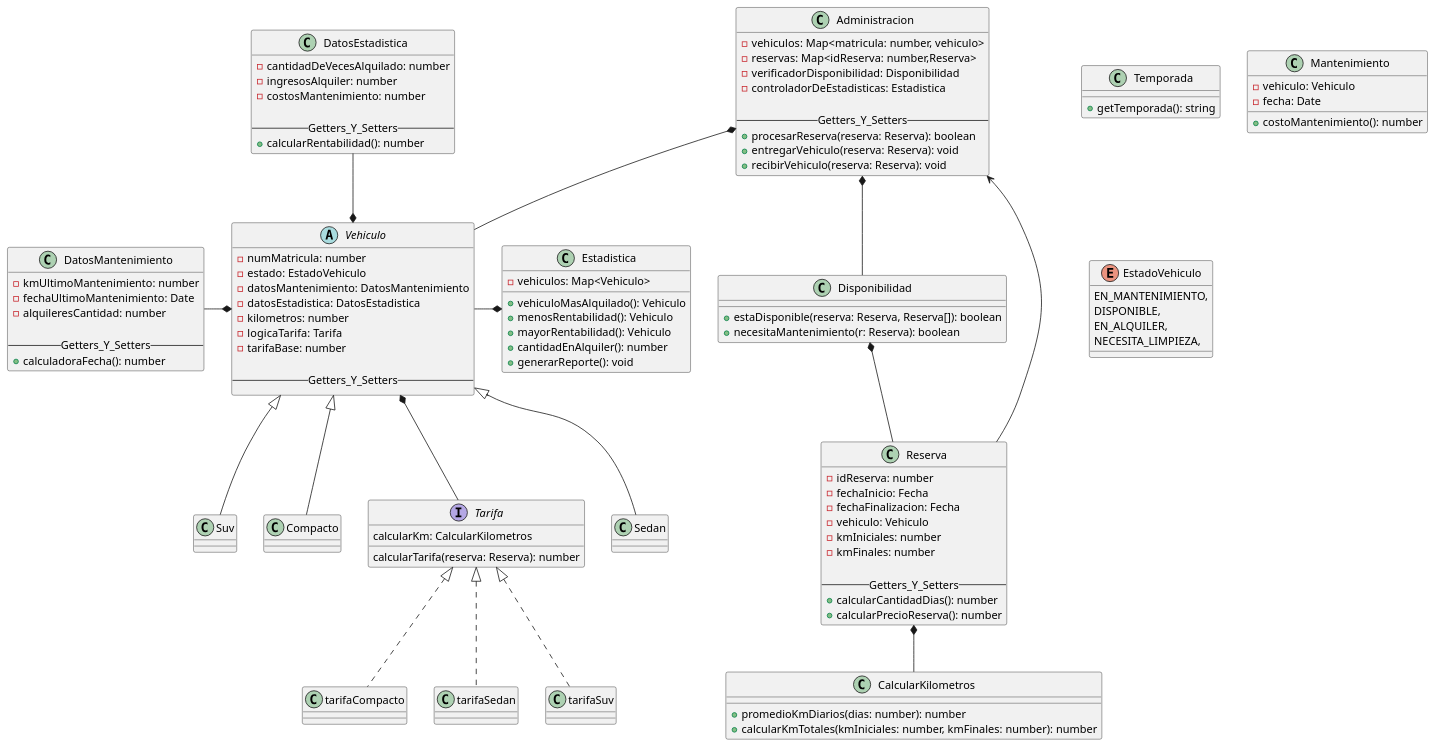
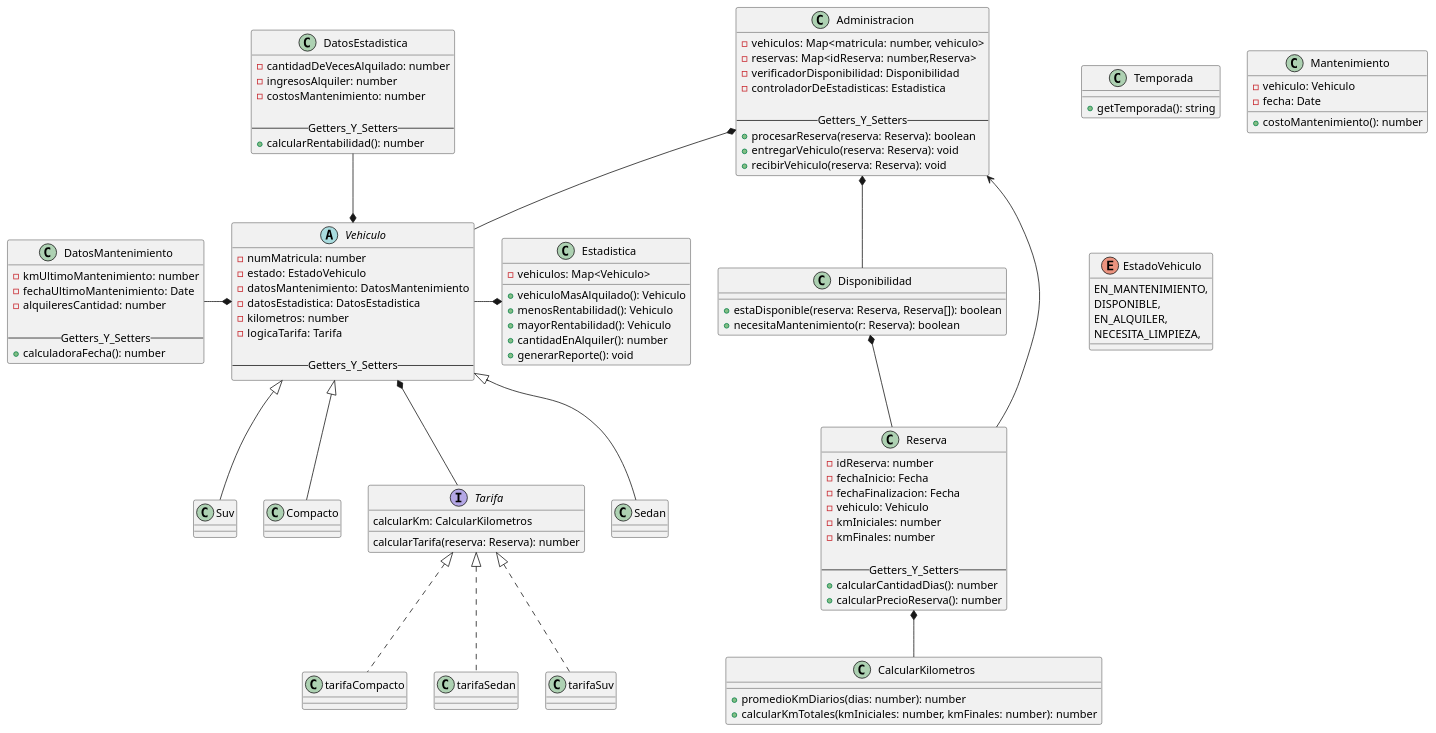
The diagram in diagrama/DiagramaDeClases_enu2.puml (Nash-Blip/Programaci-n-II), drawn with PlantUML before and after one commit.

```diff
--- a/diagrama/DiagramaDeClases_enu2.puml
+++ b/diagrama/DiagramaDeClases_enu2.puml
@@ -1,122 +1,121 @@
 @startuml name prototipoTP
 
 abstract class Vehiculo{
     - numMatricula: number
     - estado: EstadoVehiculo
     - datosMantenimiento: DatosMantenimiento
     - datosEstadistica: DatosEstadistica
     - kilometros: number
     - logicaTarifa: Tarifa
-    - tarifaBase: number
 
     --Getters_Y_Setters--
 }
 
 class Sedan extends Vehiculo{}
 class Suv extends Vehiculo{}
 class Compacto extends Vehiculo{}
 
 class Temporada{
     +getTemporada(): string
 }
 
 class DatosEstadistica{
     -cantidadDeVecesAlquilado: number
     -ingresosAlquiler: number
     -costosMantenimiento: number
 
     --Getters_Y_Setters--
     +calcularRentabilidad(): number
 }
 
 class Mantenimiento{
     -vehiculo: Vehiculo
     -fecha: Date
 
     +costoMantenimiento(): number
 }
 
 class DatosMantenimiento{
     -kmUltimoMantenimiento: number
     -fechaUltimoMantenimiento: Date 
     -alquileresCantidad: number
 
     --Getters_Y_Setters--
     + calculadoraFecha(): number
 }
 
 interface Tarifa{
     calcularKm: CalcularKilometros
     calcularTarifa(reserva: Reserva): number
 }
 
 class tarifaSuv implements Tarifa{}
 
 class tarifaCompacto implements Tarifa{}
 
 class tarifaSedan implements Tarifa{}
 
 class Reserva{
     -idReserva: number
     -fechaInicio: Fecha
     -fechaFinalizacion: Fecha
     -vehiculo: Vehiculo
     -kmIniciales: number
     -kmFinales: number
 
     --Getters_Y_Setters--
     +calcularCantidadDias(): number
     +calcularPrecioReserva(): number
 }
 
 class CalcularKilometros{
     +promedioKmDiarios(dias: number): number
     +calcularKmTotales(kmIniciales: number, kmFinales: number): number
 }
 
 enum EstadoVehiculo{
     EN_MANTENIMIENTO,
     DISPONIBLE,
     EN_ALQUILER,
     NECESITA_LIMPIEZA,
 }
 
 class Administracion{
     -vehiculos: Map<matricula: number, vehiculo>
     -reservas: Map<idReserva: number,Reserva>
     -verificadorDisponibilidad: Disponibilidad
     -controladorDeEstadisticas: Estadistica
 
     --Getters_Y_Setters--
     +procesarReserva(reserva: Reserva): boolean
     +entregarVehiculo(reserva: Reserva): void
     +recibirVehiculo(reserva: Reserva): void
 }
 
 class Disponibilidad{
     + estaDisponible(reserva: Reserva, Reserva[]): boolean
     + necesitaMantenimiento(r: Reserva): boolean
 }
 
 class Estadistica{
     -vehiculos: Map<Vehiculo>
     + vehiculoMasAlquilado(): Vehiculo
     + menosRentabilidad(): Vehiculo
     + mayorRentabilidad(): Vehiculo
     + cantidadEnAlquiler(): number
     + generarReporte(): void
 }
 
 
 ' Relaciones
 Vehiculo *-- Tarifa
 Administracion *-- Vehiculo
 Disponibilidad *-- Reserva
 Reserva *-- CalcularKilometros
 Administracion *-- Disponibilidad
 Administracion <-- Reserva
 Vehiculo *-u- DatosEstadistica
 Vehiculo *-l- DatosMantenimiento
 Estadistica *-l- Vehiculo
 
 @enduml
```
